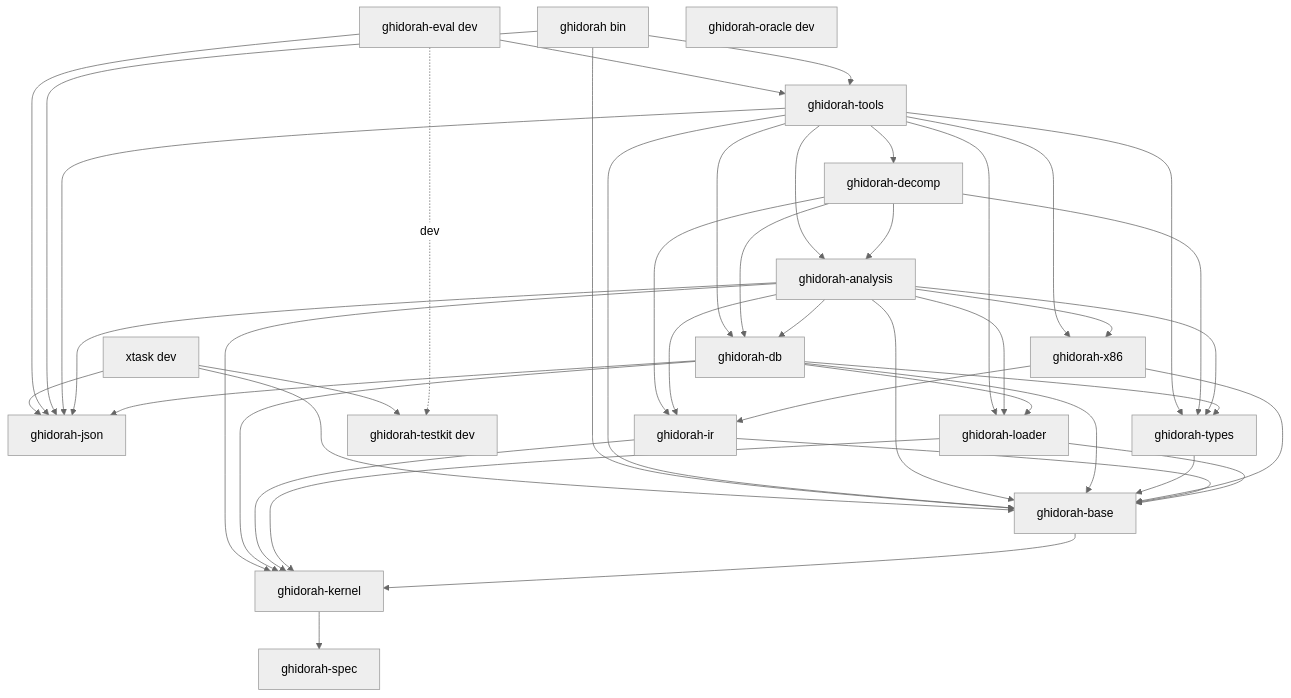
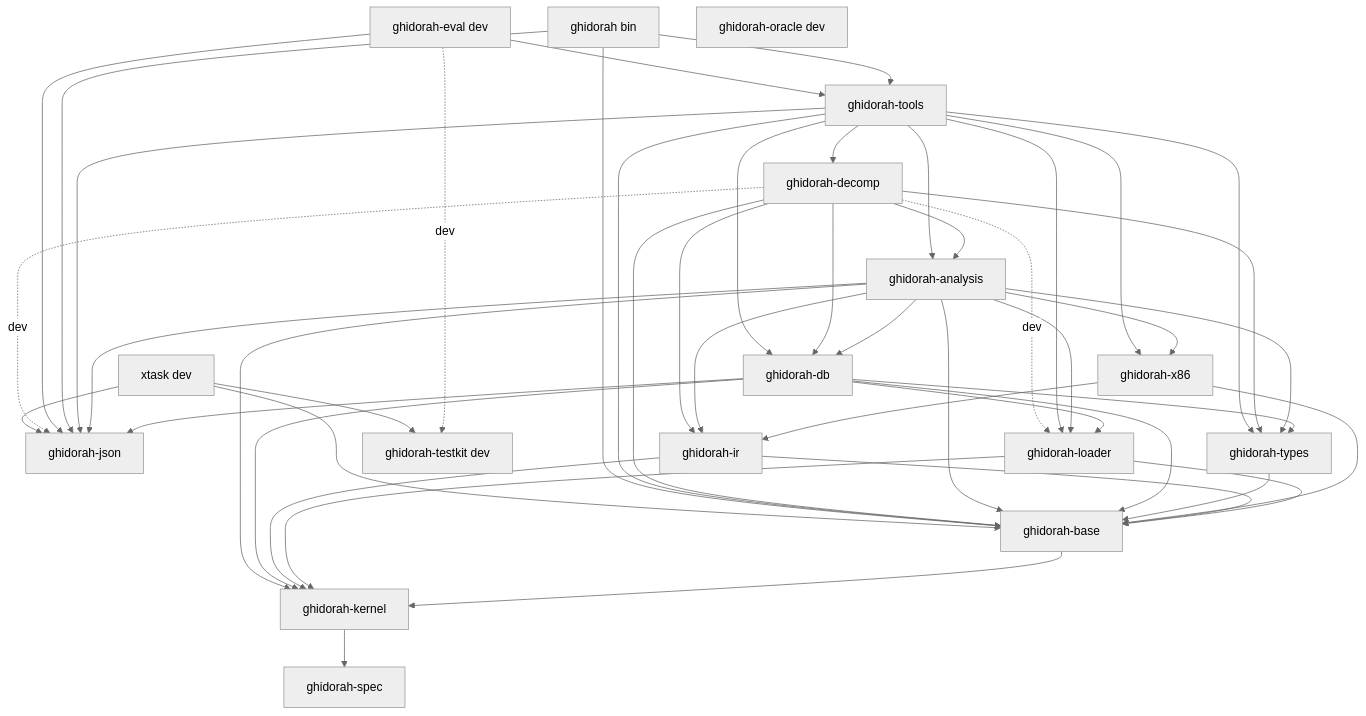
One commit to madmax983/ghidorah changed the first of 8 diagrams in docs/design.md. Above: the diagram before and after it, drawn with Mermaid (neutral theme). The commit also changed other lines of this file and 2 other files, not shown here.

Commit message:
spec(WP-21): the decomp crate edges to base and its test edges to loader and json
The decompiler names Fuel, FuncId, VarId and WarningCode of ghidorah-base.
Its tests load the fixtures and read the truth files and the leaf vectors,
so they take ghidorah-loader and ghidorah-json as dev-dependencies.
Design Section 2.2, the ALLOWED and DEV_ALLOWED tables of xtask/src/dag.rs
and docs/architecture/crates.mmd change together.

Claude-Session: https://claude.ai/code/session_01AnXSBFwavu3vfT5H3TZTmw

````diff
--- a/docs/design.md
+++ b/docs/design.md
@@ -231,63 +231,66 @@
 ```mermaid
 graph TD
   spec[ghidorah-spec]
   kernel[ghidorah-kernel]
   base[ghidorah-base]
   json[ghidorah-json]
   loader[ghidorah-loader]
   ir[ghidorah-ir]
   x86[ghidorah-x86]
   types[ghidorah-types]
   db[ghidorah-db]
   analysis[ghidorah-analysis]
   decomp[ghidorah-decomp]
   tools[ghidorah-tools]
   cli[ghidorah bin]
   eval[ghidorah-eval dev]
   testkit[ghidorah-testkit dev]
   oracle[ghidorah-oracle dev]
   xtask[xtask dev]
   kernel --> spec
   base --> kernel
   loader --> base
   loader --> kernel
   ir --> base
   ir --> kernel
   x86 --> ir
   x86 --> base
   types --> base
   db --> base
   db --> kernel
   db --> json
   db --> loader
   db --> types
   analysis --> db
   analysis --> ir
   analysis --> x86
   analysis --> types
   analysis --> loader
   analysis --> base
   analysis --> kernel
   analysis --> json
   decomp --> analysis
+  decomp --> base
   decomp --> ir
   decomp --> db
   decomp --> types
   tools --> decomp
   tools --> analysis
   tools --> db
   tools --> x86
   tools --> types
   tools --> loader
   tools --> json
   tools --> base
   cli --> tools
   cli --> json
   cli --> base
   eval --> tools
   eval --> json
   eval -. dev .-> testkit
+  decomp -. dev .-> loader
+  decomp -. dev .-> json
   xtask --> json
   xtask --> base
   xtask --> testkit
 ```
````
